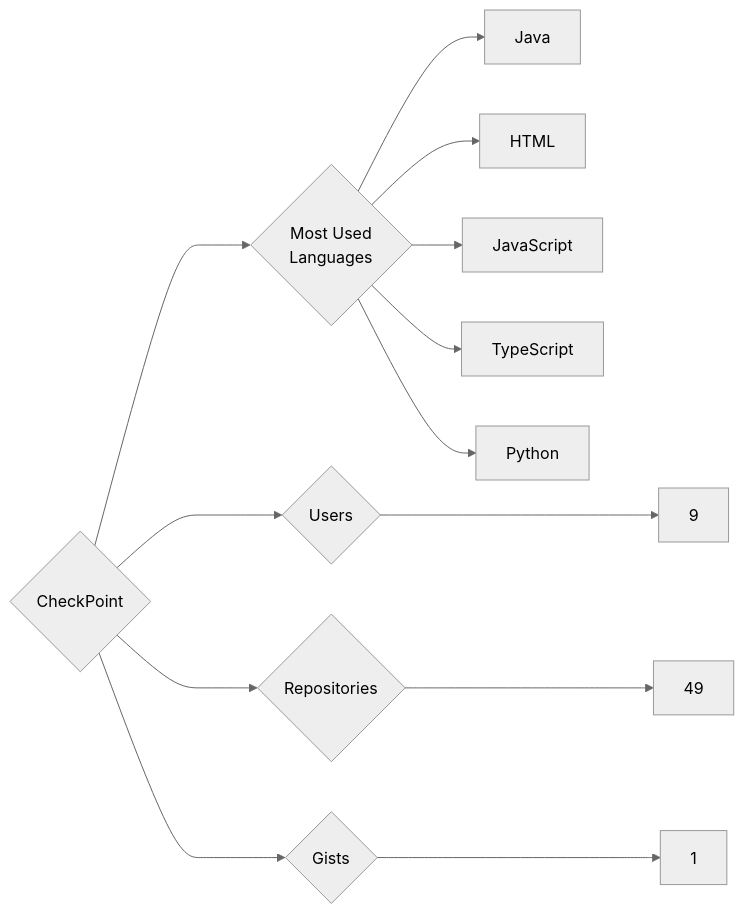
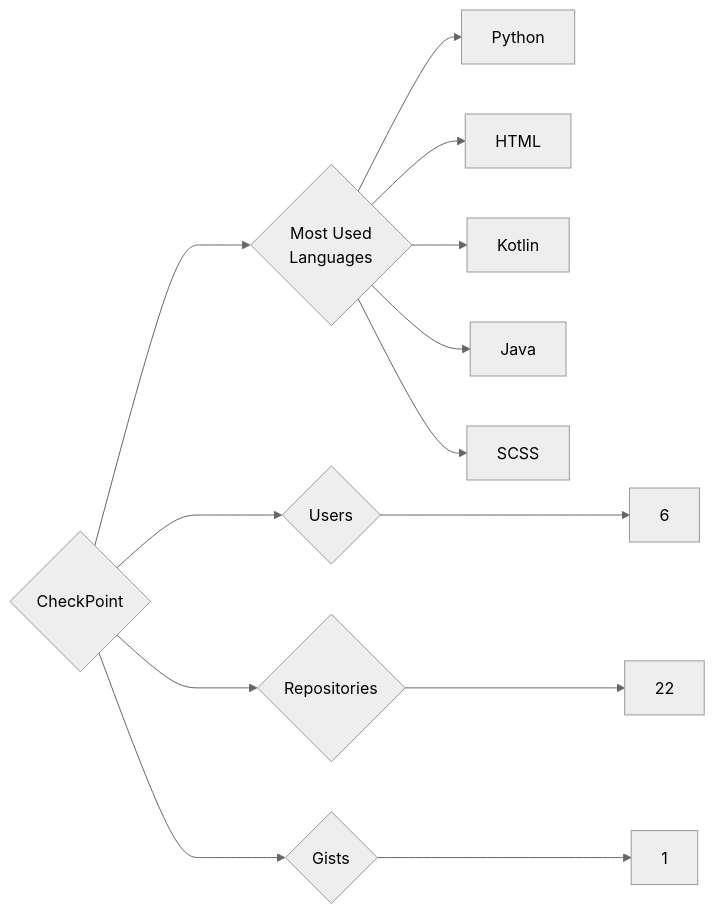
The diagram in targets/CheckPoint/README.md (trickest/insiders), drawn with Mermaid (neutral theme) before and after one commit. The commit also changed 993 other files, not shown here.

````diff
--- a/targets/CheckPoint/README.md
+++ b/targets/CheckPoint/README.md
@@ -3,13 +3,13 @@
 ```mermaid
 graph LR
 COMPANY_NAME{CheckPoint}
-COMPANY_NAME ---> U{Users} ---> UN[9]
-COMPANY_NAME ---> R{Repositories} ---> RN[49]
+COMPANY_NAME ---> U{Users} ---> UN[6]
+COMPANY_NAME ---> R{Repositories} ---> RN[22]
 COMPANY_NAME ---> G{Gists} ---> GN[1]
 COMPANY_NAME ---> ML{Most Used<br>Languages}
+ML --> Python[Python]
+ML --> HTML[HTML]
+ML --> Kotlin[Kotlin]
 ML --> Java[Java]
-ML --> HTML[HTML]
-ML --> JavaScript[JavaScript]
-ML --> TypeScript[TypeScript]
-ML --> Python[Python]
+ML --> SCSS[SCSS]
 ```
````
